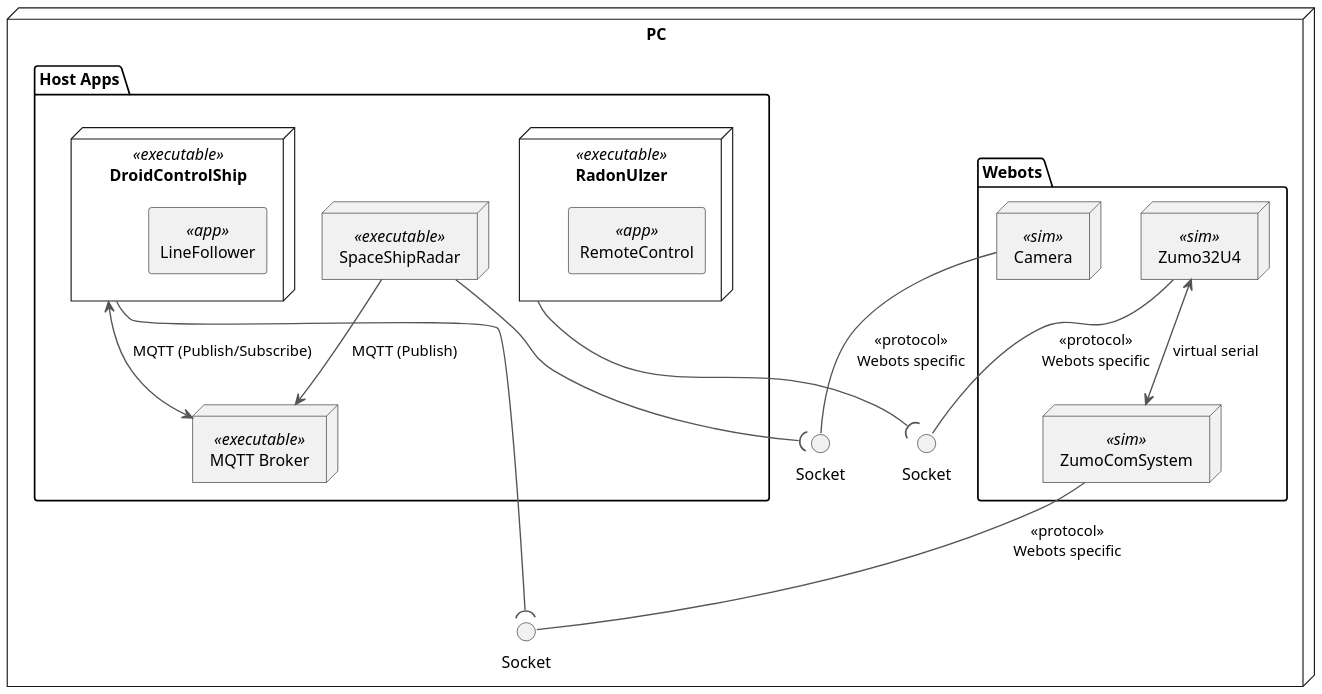
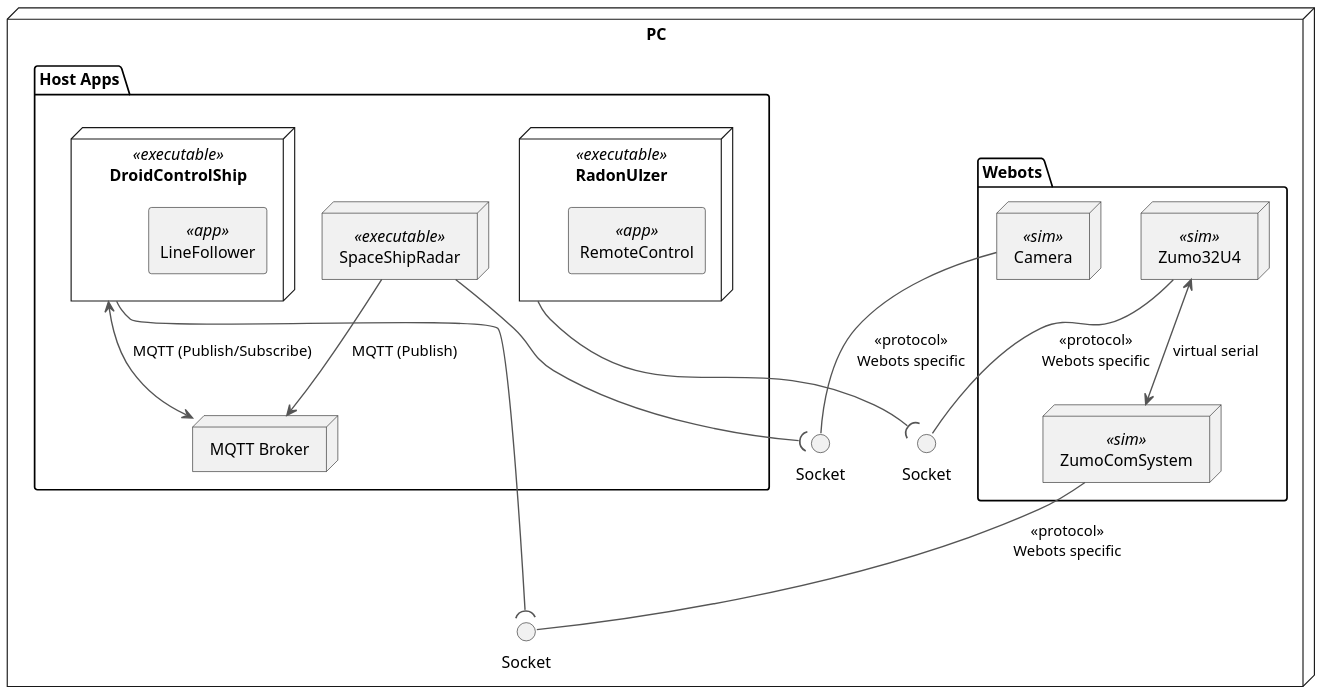
The diagram in doc/SensorFusion/architecture/DeploymentDiagram_Simulation_SensorFusion.puml (BlueAndi/DroidControlShip), drawn with PlantUML before and after one commit. The commit also changed 4 other files, not shown here.

```diff
--- a/doc/SensorFusion/architecture/DeploymentDiagram_Simulation_SensorFusion.puml
+++ b/doc/SensorFusion/architecture/DeploymentDiagram_Simulation_SensorFusion.puml
@@ -1,43 +1,43 @@
 @startuml ZumoSim_MQTT
 skinparam dpi 150
 skinparam componentStyle rectangle
 skinparam ArrowColor #555
 skinparam ArrowThickness 1.2
 skinparam defaultFontName Helvetica
 
 node "PC" as PC {
 
   package "Webots" {
     node "Zumo32U4" <<sim>> as wbZumo
     node "ZumoComSystem" <<sim>> as wbDcs
     node "Camera" <<sim>> as wbCamera
   }
 
   package "Host Apps" {
     node "DroidControlShip" <<executable>> as DCS {
       component "LineFollower" <<app>> as LineFollowerApp
     }
     node "RadonUlzer" <<executable>> as RadonUlzer {
       component "RemoteControl" <<app>> as RemoteControlApp
     }
     node "SpaceShipRadar" <<executable>> as ssr
-    node "MQTT Broker" <<executable>> as broker
+    node "MQTT Broker" as broker
   }
 
   interface "Socket" as SocketCamera
   interface "Socket" as SocketDCS
   interface "Socket" as SocketRemoteCTRL
 
   wbCamera --() SocketCamera: <<protocol>>\nWebots specific
   ssr --( SocketCamera
   wbDcs --() SocketDCS: <<protocol>>\nWebots specific
   DCS --( SocketDCS
   wbZumo --() SocketRemoteCTRL: <<protocol>>\nWebots specific
   RadonUlzer --( SocketRemoteCTRL
 
 
   wbZumo <--> wbDcs : virtual serial
   ssr --> broker : MQTT (Publish)
   DCS <--> broker : MQTT (Publish/Subscribe)
 }
 @enduml
```
